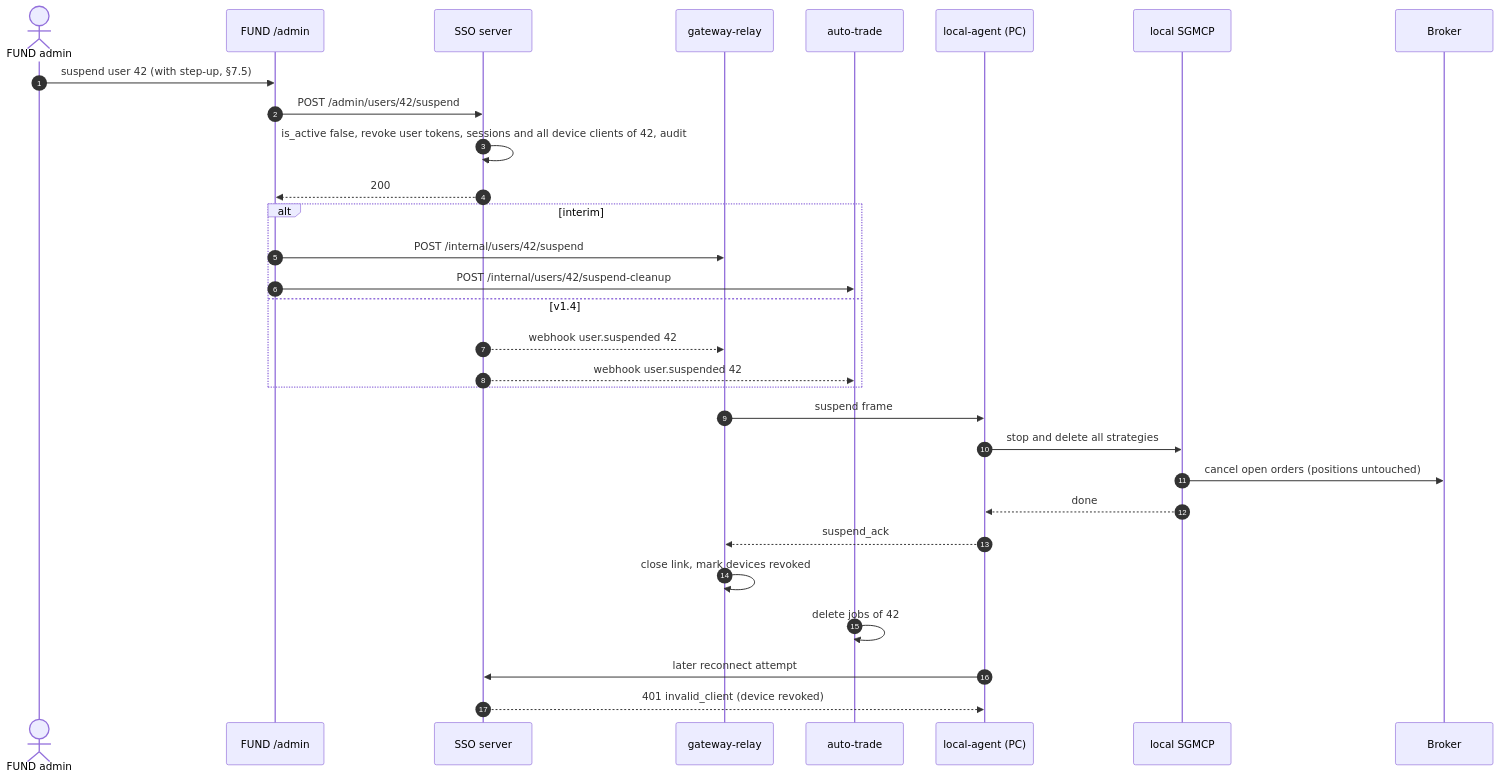
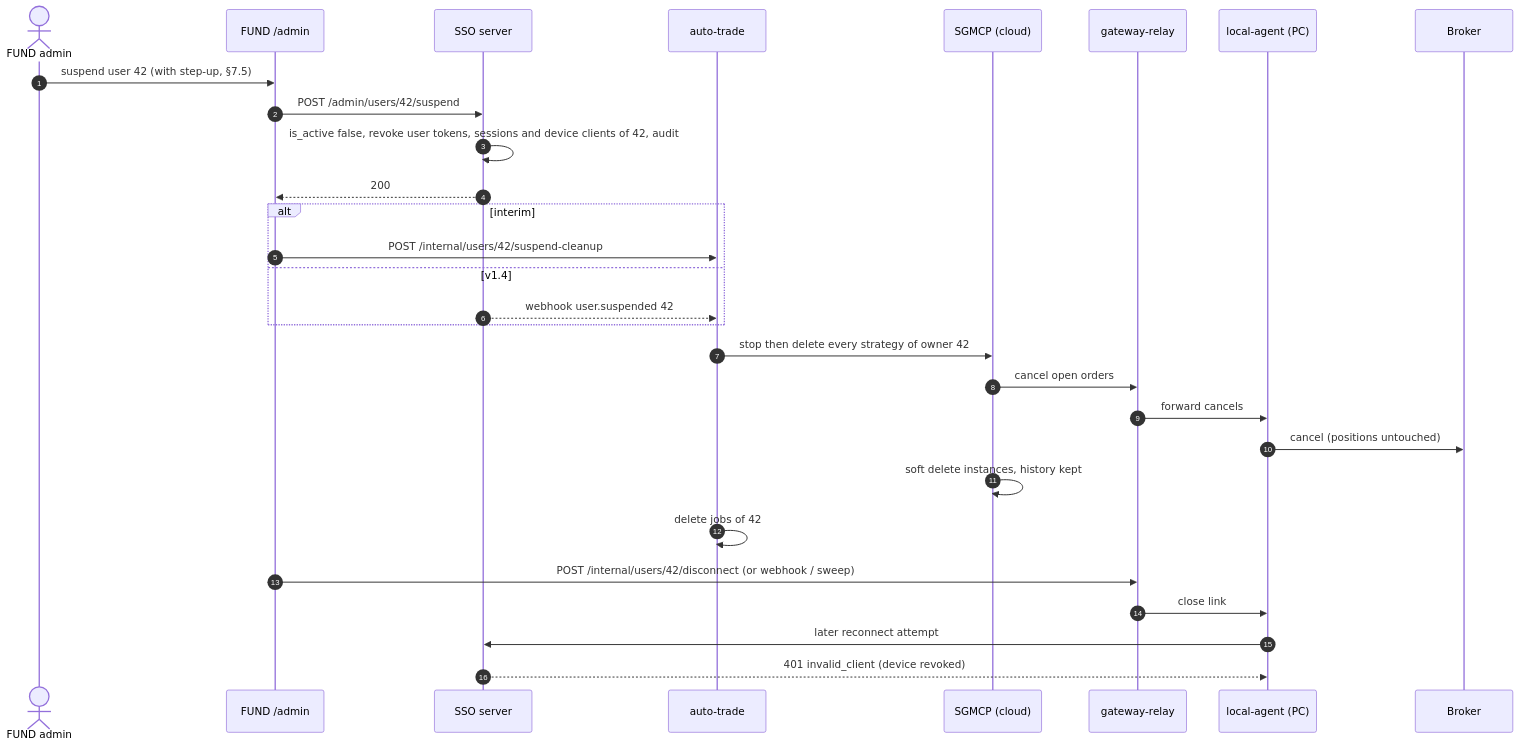
One commit to Neural-Matrix-LLC/SSO-server changed diagram 11 of 16 in docs/ECOSYSTEM-INTEGRATION.md. Above: the diagram before and after it, drawn with Mermaid. The commit also changed other lines of this file and 3 other files, not shown here.

````diff
--- a/docs/ECOSYSTEM-INTEGRATION.md
+++ b/docs/ECOSYSTEM-INTEGRATION.md
@@ -533,32 +571,31 @@
 ```mermaid
 sequenceDiagram
   autonumber
   actor A as FUND admin
   participant UI as FUND /admin
   participant SSO as SSO server
+  participant AT as auto-trade
+  participant SG as SGMCP (cloud)
   participant RL as gateway-relay
-  participant AT as auto-trade
   participant LA as local-agent (PC)
-  participant LSG as local SGMCP
   participant BR as Broker
   A->>UI: suspend user 42 (with step-up, §7.5)
   UI->>SSO: POST /admin/users/42/suspend
-  SSO->>SSO: is_active false, revoke user tokens, sessions and all device clients of 42, audit
+  SSO->>SSO: is_active false, revoke user tokens, sessions and device clients of 42, audit
   SSO-->>UI: 200
   alt interim
-    UI->>RL: POST /internal/users/42/suspend
     UI->>AT: POST /internal/users/42/suspend-cleanup
   else v1.4
-    SSO-->>RL: webhook user.suspended 42
     SSO-->>AT: webhook user.suspended 42
   end
-  RL->>LA: suspend frame
-  LA->>LSG: stop and delete all strategies
-  LSG->>BR: cancel open orders (positions untouched)
-  LSG-->>LA: done
-  LA-->>RL: suspend_ack
-  RL->>RL: close link, mark devices revoked
+  AT->>SG: stop then delete every strategy of owner 42
+  SG->>RL: cancel open orders
+  RL->>LA: forward cancels
+  LA->>BR: cancel (positions untouched)
+  SG->>SG: soft delete instances, history kept
   AT->>AT: delete jobs of 42
+  UI->>RL: POST /internal/users/42/disconnect (or webhook / sweep)
+  RL->>LA: close link
   LA->>SSO: later reconnect attempt
   SSO-->>LA: 401 invalid_client (device revoked)
 ```
````
